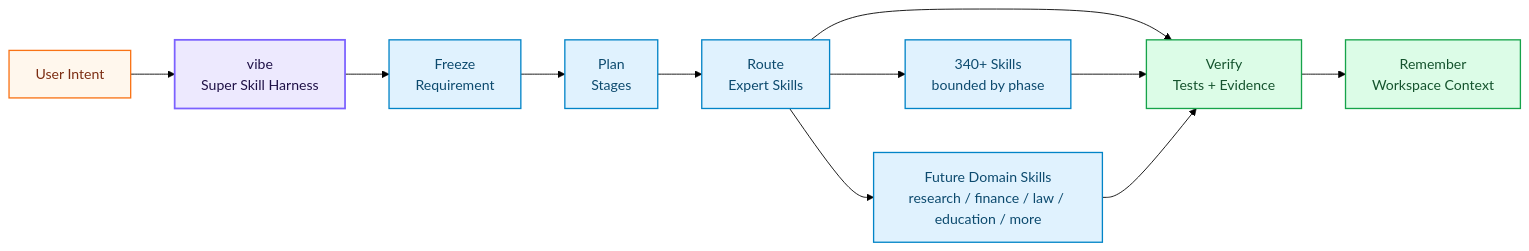
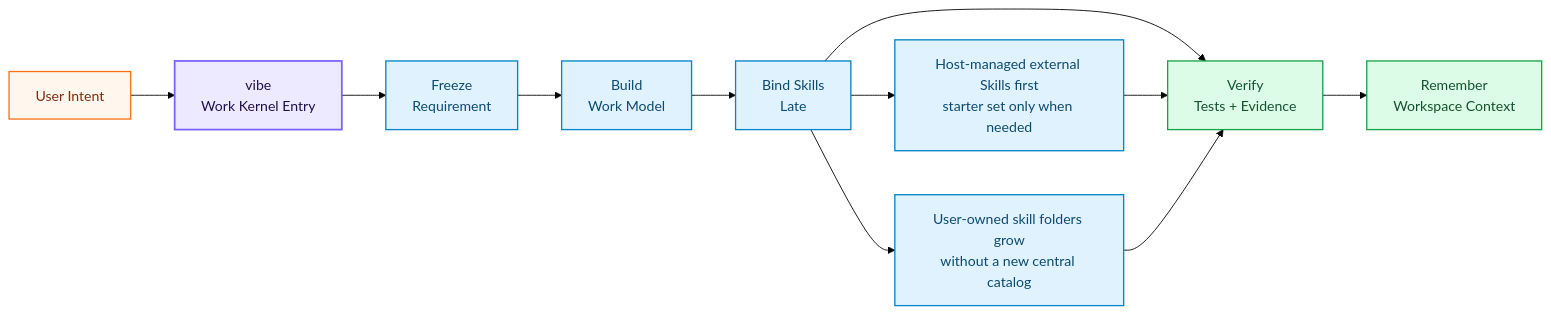
Before and after one commit to OhiraShusei/Vibe-Skills: the first of 2 diagrams in README.md, drawn with Mermaid (forest theme). The commit also changed other lines of this file and 373 other files, not shown here.

````diff
--- a/README.md
+++ b/README.md
@@ -150,29 +155,29 @@
 ```mermaid
 flowchart LR
     accTitle: VibeSkills Harness Flow
-    accDescr: User intent enters the vibe harness. The harness freezes intent, plans stages, routes expert Skills, verifies evidence, and preserves workspace context.
+    accDescr: User intent enters the vibe harness. The harness freezes intent, builds a work model, binds helpful Skills late, verifies evidence, and preserves workspace context.
 
     user["User Intent"]
-    vibe["vibe<br/>Super Skill Harness"]
+    vibe["vibe<br/>Work Kernel Entry"]
     freeze["Freeze<br/>Requirement"]
-    plan["Plan<br/>Stages"]
-    route["Route<br/>Expert Skills"]
-    skills["340+ Skills<br/>bounded by phase"]
-    future["Future Domain Skills<br/>research / finance / law / education / more"]
+    plan["Build<br/>Work Model"]
+    route["Bind Skills<br/>Late"]
+    skills["Host-managed external Skills first<br/>starter set only when needed"]
+    future["User-owned skill folders grow<br/>without a new central catalog"]
     verify["Verify<br/>Tests + Evidence"]
     memory["Remember<br/>Workspace Context"]
 
     user --> vibe --> freeze --> plan --> route --> verify --> memory
     route --> skills --> verify
     route --> future --> verify
 
     classDef core fill:#ede9fe,stroke:#7B61FF,stroke-width:2px,color:#1f1147
     classDef stage fill:#e0f2fe,stroke:#0284c7,stroke-width:1.5px,color:#0c4a6e
     classDef proof fill:#dcfce7,stroke:#16a34a,stroke-width:1.5px,color:#14532d
     classDef user fill:#fff7ed,stroke:#f97316,stroke-width:1.5px,color:#7c2d12
 
     class vibe core
     class freeze,plan,route,skills,future stage
     class verify,memory proof
     class user user
 ```
````
